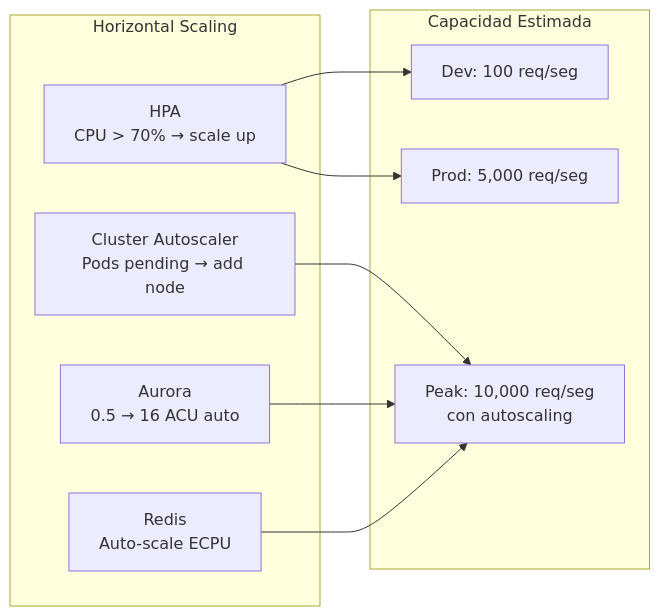
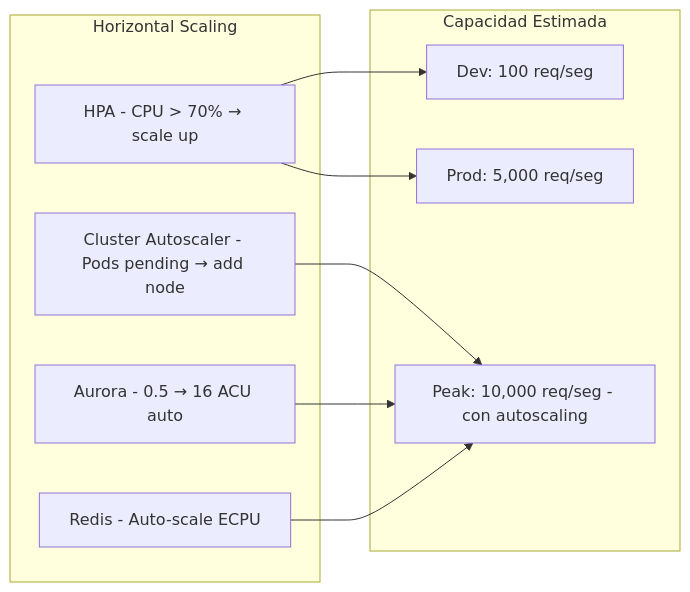
One commit to somospragma/integration-consent-manager changed the sixth of 6 diagrams in docs/architecture/architecture.md. Above: the diagram before and after it, drawn with Mermaid. The commit also changed other lines of this file and 9 other files, not shown here.

Commit message:
fix: corregir diagramas Mermaid - quitar paréntesis y \n incompatibles con GitHub

````diff
--- a/docs/architecture/architecture.md
+++ b/docs/architecture/architecture.md
@@ -330,21 +330,21 @@
 ```mermaid
 graph LR
     subgraph "Horizontal Scaling"
-        HPA[HPA\nCPU > 70% → scale up]
-        CA[Cluster Autoscaler\nPods pending → add node]
-        AURORA_S[Aurora\n0.5 → 16 ACU auto]
-        REDIS_S[Redis\nAuto-scale ECPU]
+        HPA[HPA - CPU > 70% → scale up]
+        CA[Cluster Autoscaler - Pods pending → add node]
+        AURORA_S[Aurora - 0.5 → 16 ACU auto]
+        REDIS_S[Redis - Auto-scale ECPU]
     end
 
     subgraph "Capacidad Estimada"
         C1[Dev: 100 req/seg]
         C2[Prod: 5,000 req/seg]
-        C3[Peak: 10,000 req/seg\ncon autoscaling]
+        C3[Peak: 10,000 req/seg - con autoscaling]
     end
 
     HPA --> C1
     HPA --> C2
     CA --> C3
     AURORA_S --> C3
     REDIS_S --> C3
 ```
````
